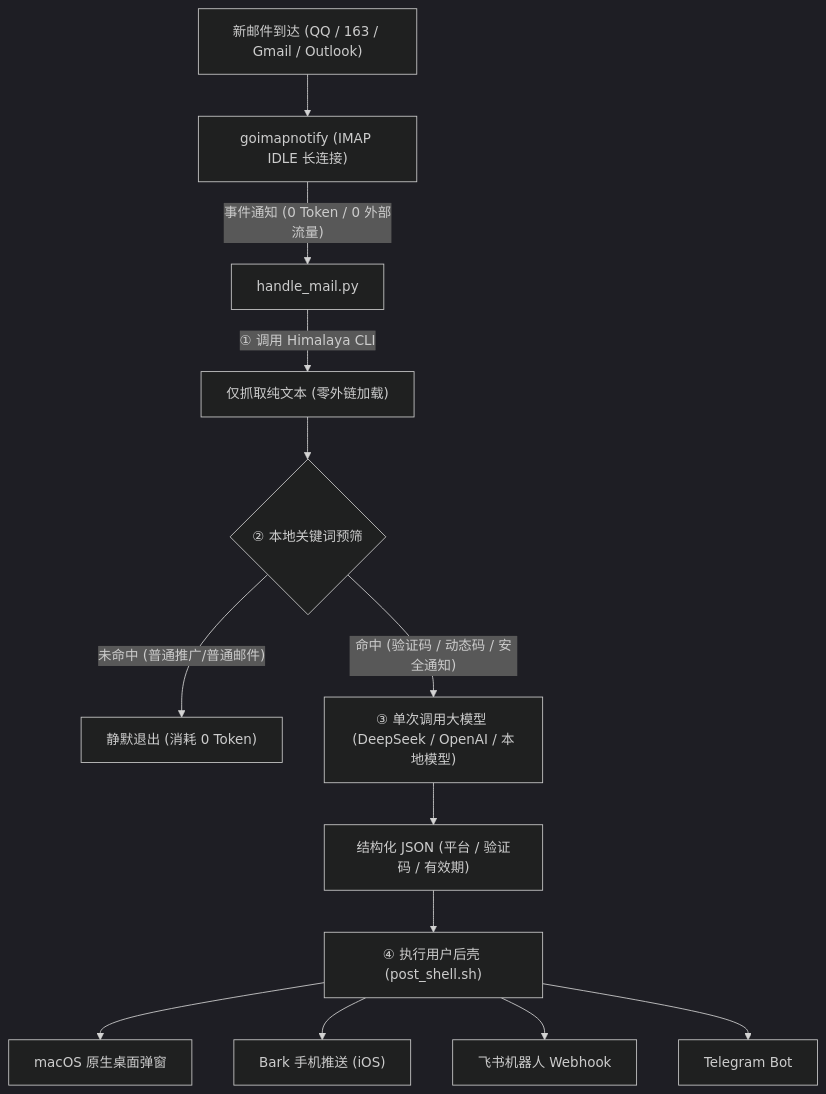
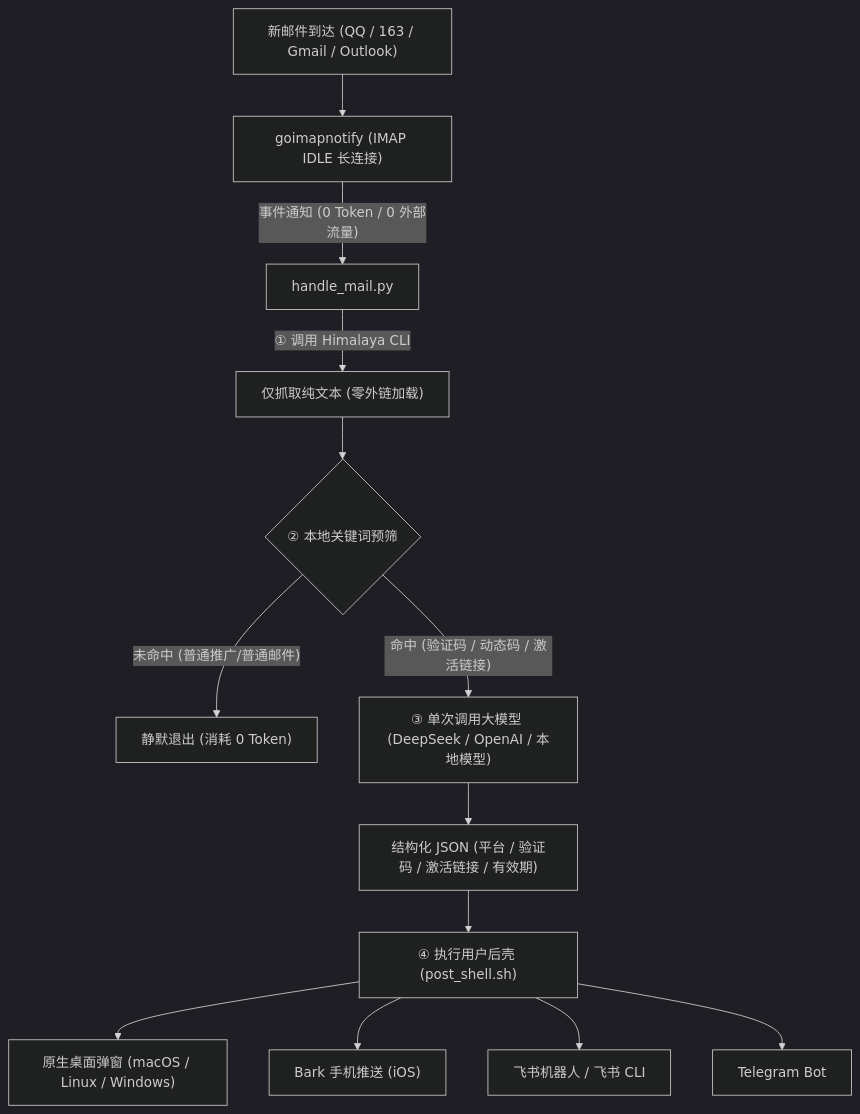
The diagram in README.md (Weicoz/mail-guard), drawn with Mermaid (dark theme) before and after one commit. The commit also changed other lines of this file and 11 other files, not shown here.

Commit message:
feat(platform): 升级支持 macOS、Linux 与 Windows 跨平台三端体系

````diff
--- a/README.md
+++ b/README.md
@@ -28,15 +28,15 @@
 ```mermaid
 flowchart TD
     A["新邮件到达 (QQ / 163 / Gmail / Outlook)"] --> B["goimapnotify (IMAP IDLE 长连接)"]
     B -->|"事件通知 (0 Token / 0 外部流量)"| C["handle_mail.py"]
     C -->|"① 调用 Himalaya CLI"| D["仅抓取纯文本 (零外链加载)"]
     D --> E{"② 本地关键词预筛"}
     E -->|"未命中 (普通推广/普通邮件)"| F["静默退出 (消耗 0 Token)"]
-    E -->|"命中 (验证码 / 动态码 / 安全通知)"| G["③ 单次调用大模型 (DeepSeek / OpenAI / 本地模型)"]
-    G --> H["结构化 JSON (平台 / 验证码 / 有效期)"]
+    E -->|"命中 (验证码 / 动态码 / 激活链接)"| G["③ 单次调用大模型 (DeepSeek / OpenAI / 本地模型)"]
+    G --> H["结构化 JSON (平台 / 验证码 / 激活链接 / 有效期)"]
     H --> I["④ 执行用户后壳 (post_shell.sh)"]
-    I --> J1["macOS 原生桌面弹窗"]
+    I --> J1["原生桌面弹窗 (macOS / Linux / Windows)"]
     I --> J2["Bark 手机推送 (iOS)"]
-    I --> J3["飞书机器人 Webhook"]
+    I --> J3["飞书机器人 / 飞书 CLI"]
     I --> J4["Telegram Bot"]
 ```
````
